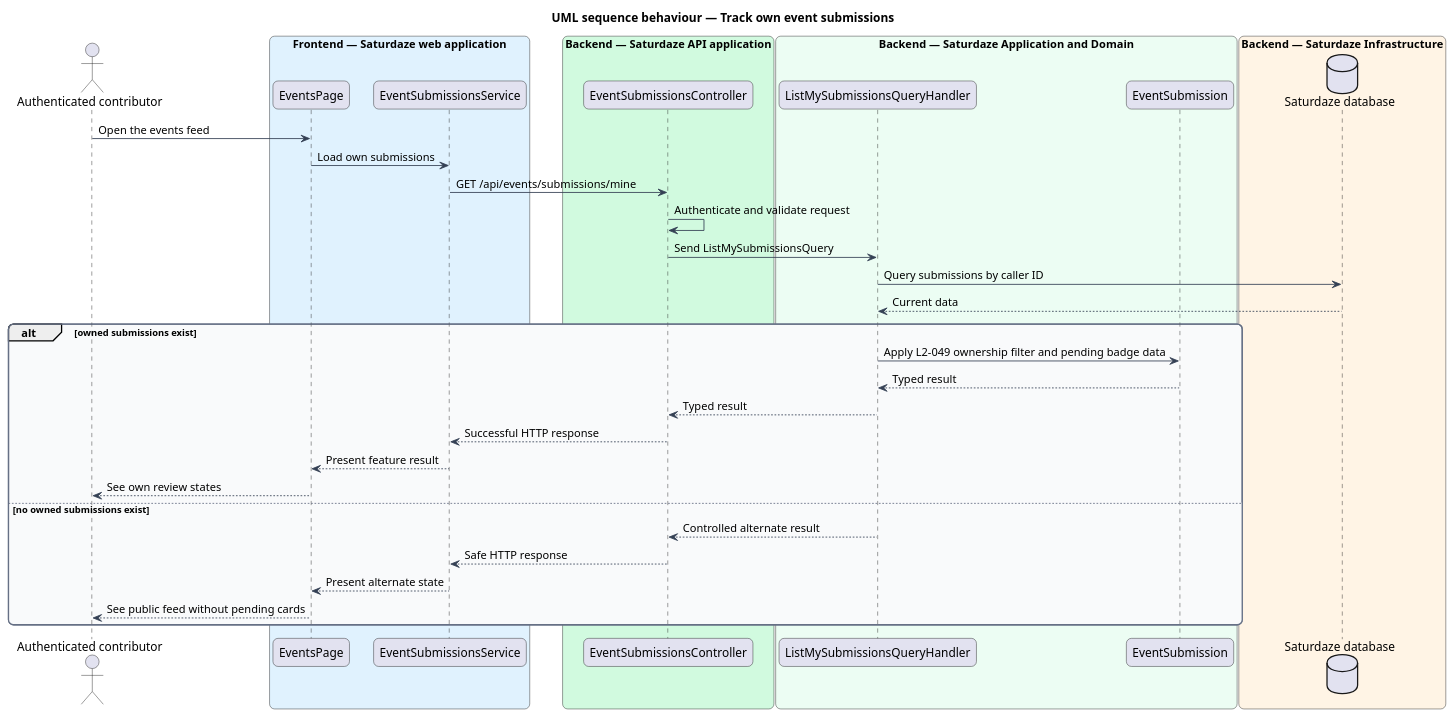
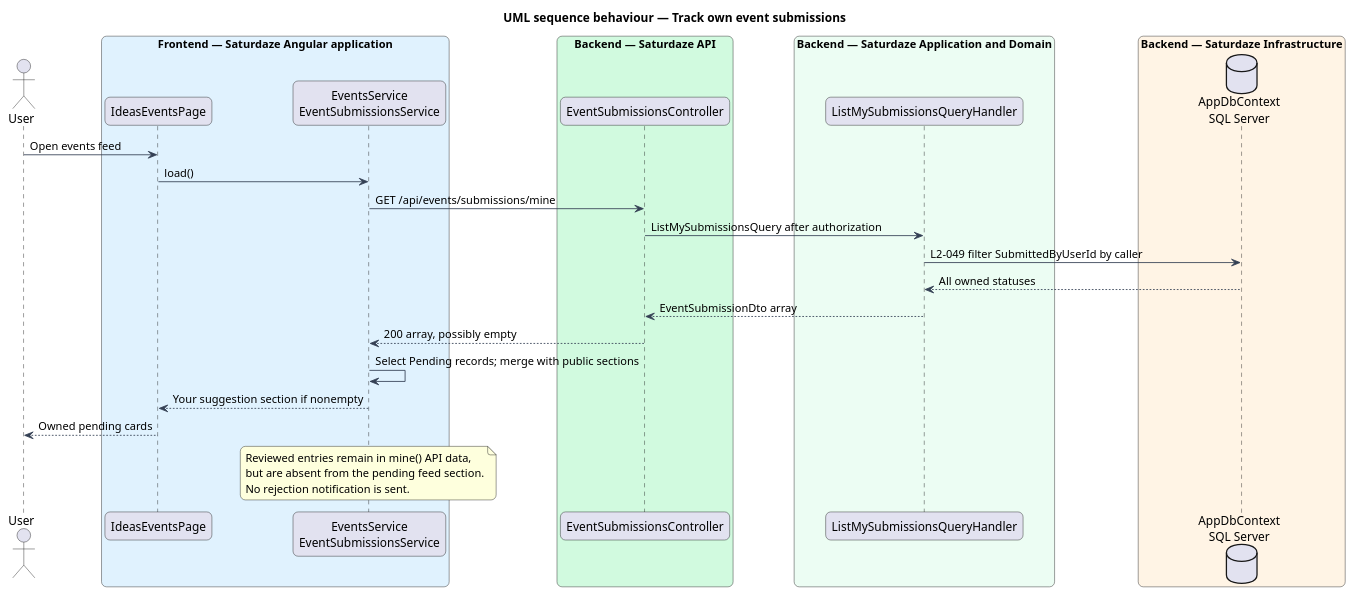
Before and after one commit to QuinntyneBrown/saturdaze: the diagram in docs/detailed-designs/discovery/track-own-event-submissions/diagrams/sequence-track-submissions.puml, drawn with PlantUML. The commit also changed 208 other files, not shown here.

```diff
--- a/docs/detailed-designs/discovery/track-own-event-submissions/diagrams/sequence-track-submissions.puml
+++ b/docs/detailed-designs/discovery/track-own-event-submissions/diagrams/sequence-track-submissions.puml
@@ -1,52 +1,38 @@
 @startuml
 title UML sequence behaviour — Track own event submissions
 skinparam backgroundColor #FFFFFF
 skinparam shadowing false
 skinparam roundcorner 12
 skinparam defaultFontName Arial
 skinparam ArrowColor #344054
-skinparam rectangle {
-  BorderColor #344054
-  FontColor #101828
-}
-skinparam package {
-  BorderColor #667085
-  FontColor #101828
-  BackgroundColor #F9FAFB
-}
-actor "Authenticated contributor" as actor
-box "Frontend — Saturdaze web application" #E0F2FE
-  participant "EventsPage" as page
-  participant "EventSubmissionsService" as client
+actor "User" as actor
+box "Frontend — Saturdaze Angular application" #E0F2FE
+ participant "IdeasEventsPage" as page
+ participant "EventsService\nEventSubmissionsService" as client
 end box
-box "Backend — Saturdaze API application" #D1FADF
-  participant "EventSubmissionsController" as controller
+box "Backend — Saturdaze API" #D1FADF
+ participant "EventSubmissionsController" as controller
 end box
 box "Backend — Saturdaze Application and Domain" #ECFDF3
-  participant "ListMySubmissionsQueryHandler" as handler
-  participant "EventSubmission" as entity
+ participant "ListMySubmissionsQueryHandler" as handler
 end box
 box "Backend — Saturdaze Infrastructure" #FFF4E5
-  database "Saturdaze database" as infra
-  end box
-actor -> page : Open the events feed
-page -> client : Load own submissions
+ database "AppDbContext\nSQL Server" as db
+end box
+actor -> page : Open events feed
+page -> client : load()
 client -> controller : GET /api/events/submissions/mine
-controller -> controller : Authenticate and validate request
-controller -> handler : Send ListMySubmissionsQuery
-handler -> infra : Query submissions by caller ID
-infra --> handler : Current data
-alt owned submissions exist
-  handler -> entity : Apply L2-049 ownership filter and pending badge data
-  entity --> handler : Typed result
-  handler --> controller : Typed result
-  controller --> client : Successful HTTP response
-  client --> page : Present feature result
-  page --> actor : See own review states
-else no owned submissions exist
-  handler --> controller : Controlled alternate result
-  controller --> client : Safe HTTP response
-  client --> page : Present alternate state
-  page --> actor : See public feed without pending cards
-end
+controller -> handler : ListMySubmissionsQuery after authorization
+handler -> db : L2-049 filter SubmittedByUserId by caller
+db --> handler : All owned statuses
+handler --> controller : EventSubmissionDto array
+controller --> client : 200 array, possibly empty
+client -> client : Select Pending records; merge with public sections
+client --> page : Your suggestion section if nonempty
+page --> actor : Owned pending cards
+note over client
+Reviewed entries remain in mine() API data,
+but are absent from the pending feed section.
+No rejection notification is sent.
+end note
 @enduml
```
